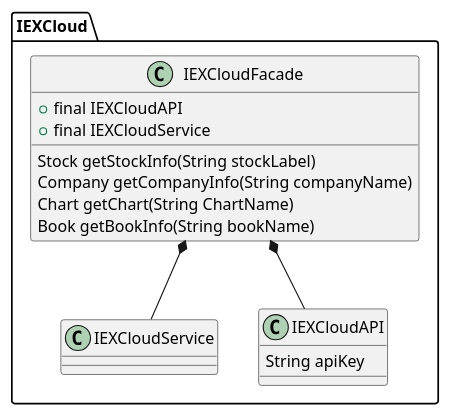
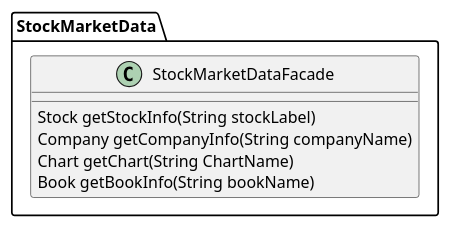
The diagram in backend/diagram/class/IEXCloudFacade.puml (DPigeon/Money-Tree), drawn with PlantUML before and after one commit. The commit also changed 7 other files, not shown here.

Commit message:
Issue #63: refactor class diagram

```diff
--- a/backend/diagram/class/IEXCloudFacade.puml
+++ b/backend/diagram/class/IEXCloudFacade.puml
@@ -1,27 +1,14 @@
 @startuml
 
-package IEXCloud {
-    class IEXCloudFacade {
-        +final IEXCloudAPI
-        +final IEXCloudService
+package StockMarketData {
+    class StockMarketDataFacade {
 
         Stock getStockInfo(String stockLabel)
         Company getCompanyInfo(String companyName)
         Chart getChart(String ChartName)
         Book getBookInfo(String bookName)
 
     }
-
-    class IEXCloudService {
-
-    }
-
-    class IEXCloudAPI {
-    String apiKey
-    }
 }
 
-IEXCloudFacade *-- IEXCloudService
-IEXCloudFacade *-- IEXCloudAPI
-
 @enduml
```
